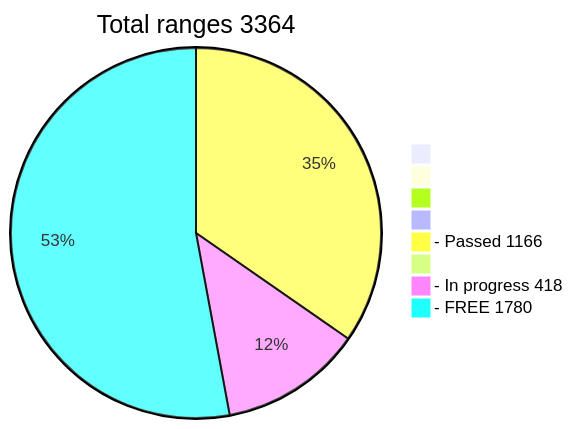
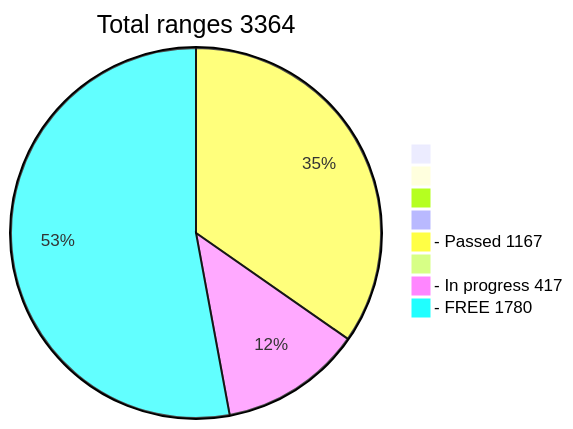
Before and after one commit to phrutis/wif500: the diagram in README.md, drawn with Mermaid.

````diff
--- a/README.md
+++ b/README.md
@@ -16,12 +16,12 @@
 ```mermaid
 pie title Total ranges 3364
              " " : 0
             "  " : 0
            "   " : 0
           "    " : 0
-  "- Passed 1166" : 1166
+  "- Passed 1167" : 1167
          "     " : 0
-  "- In progress 418" : 418
+  "- In progress 417" : 417
    "- FREE 1780" : 1780
    
 ```
````
